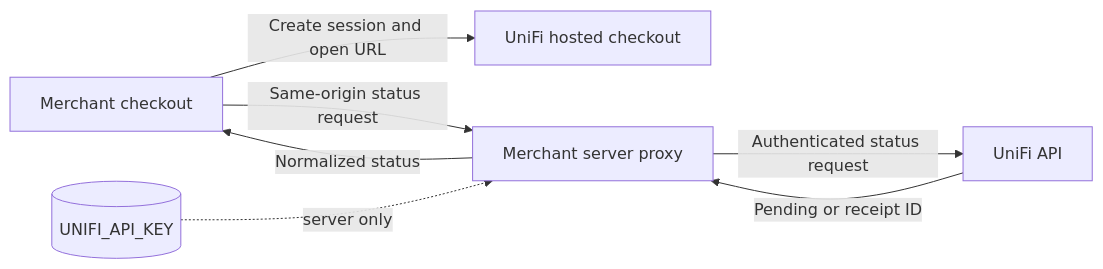
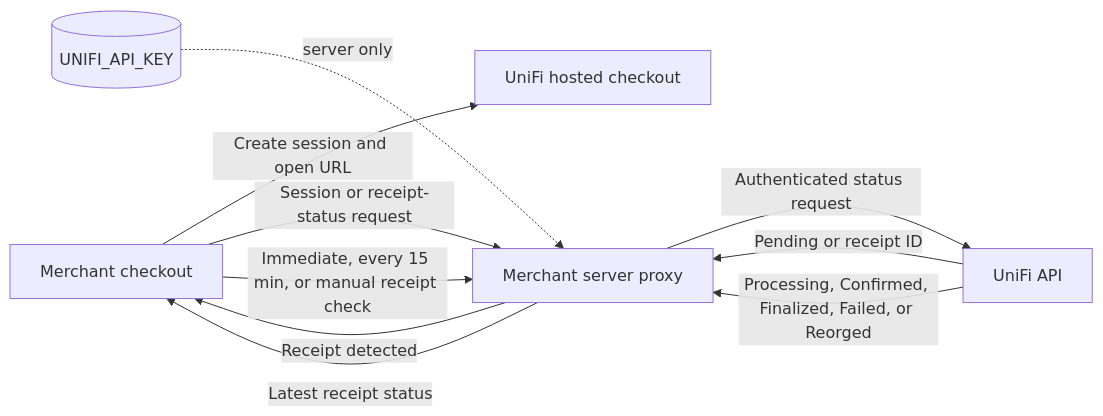
One commit to abhi3700/unifi-docs changed the diagram in payment-gateway/overview.mdx. Above: the diagram before and after it, drawn with Mermaid. The commit also changed other lines of this file and 6 other files, not shown here.

````diff
--- a/payment-gateway/overview.mdx
+++ b/payment-gateway/overview.mdx
@@ -48,9 +48,12 @@
 ```mermaid
 flowchart LR
     Browser[Merchant checkout] -->|Create session and open URL| Checkout[UniFi hosted checkout]
-    Browser -->|Same-origin status request| Proxy[Merchant server proxy]
+    Browser -->|Session or receipt-status request| Proxy[Merchant server proxy]
     Secret[(UNIFI_API_KEY)] -. server only .-> Proxy
     Proxy -->|Authenticated status request| API[UniFi API]
     API -->|Pending or receipt ID| Proxy
-    Proxy -->|Normalized status| Browser
+    Proxy -->|Receipt detected| Browser
+    Browser -->|Immediate, every 15 min, or manual receipt check| Proxy
+    API -->|Processing, Confirmed, Finalized, Failed, or Reorged| Proxy
+    Proxy -->|Latest receipt status| Browser
 ```
````
